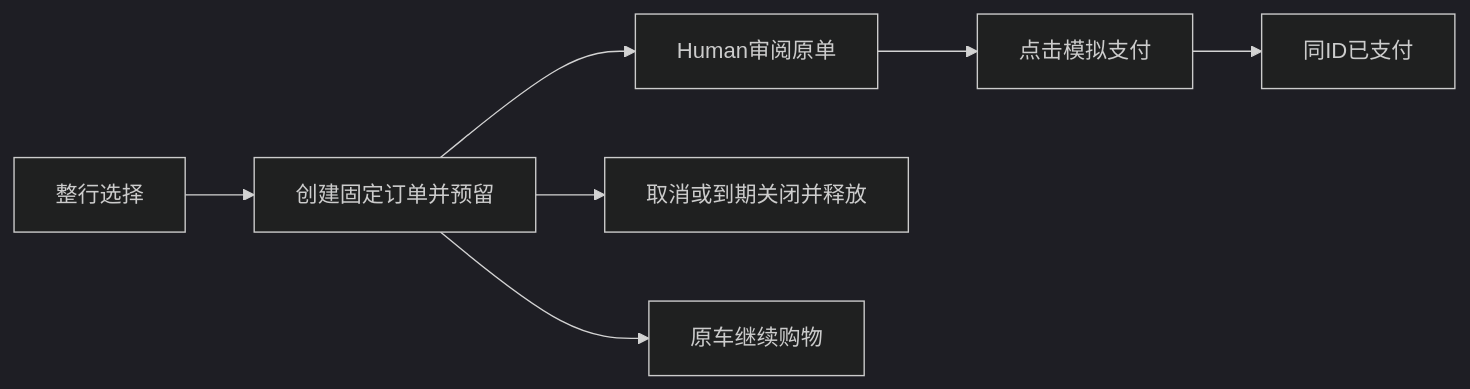
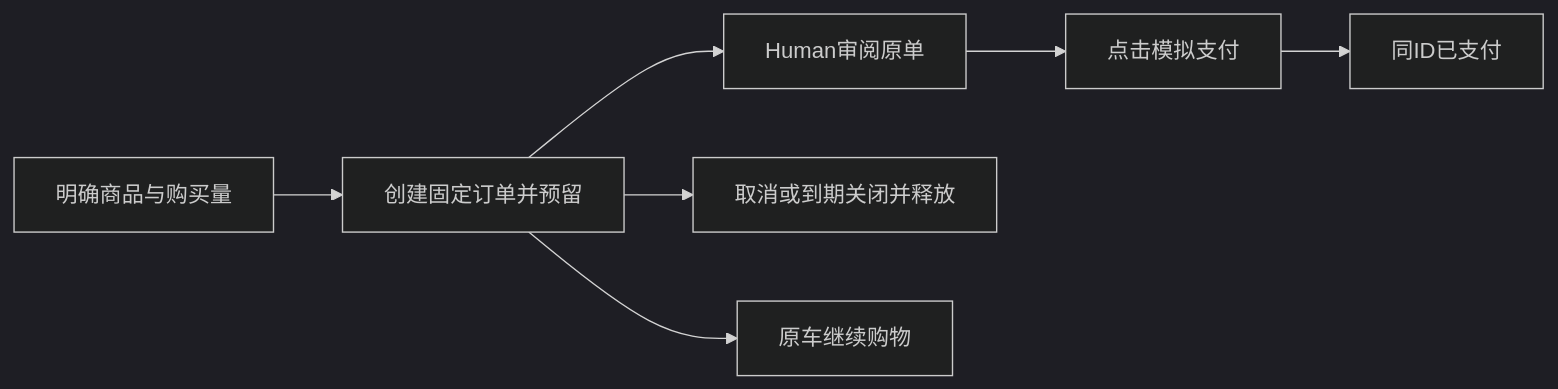
One commit to linshuohao/agent-ready-store changed the fourth of 4 diagrams in docs/product/REQUIREMENTS.md. Above: the diagram before and after it, drawn with Mermaid (dark theme). The commit also changed other lines of this file and 64 other files, not shown here.

````diff
--- a/docs/product/REQUIREMENTS.md
+++ b/docs/product/REQUIREMENTS.md
@@ -224,9 +224,9 @@
 ```mermaid
 flowchart LR
-    C[整行选择] --> O[创建固定订单并预留]
+    C[明确商品与购买量] --> O[创建固定订单并预留]
     O --> H[Human审阅原单]
     H --> P[点击模拟支付]
     P --> Paid[同ID已支付]
     O --> X[取消或到期关闭并释放]
     O --> Shop[原车继续购物]
 ```
````
